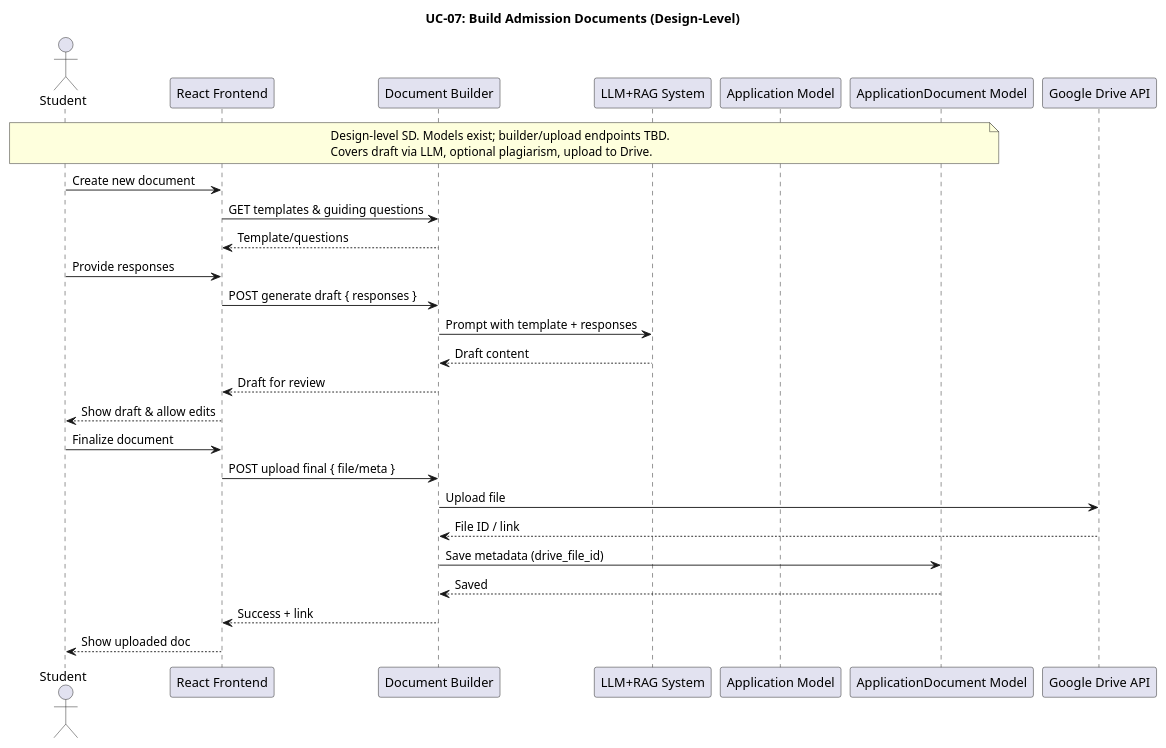
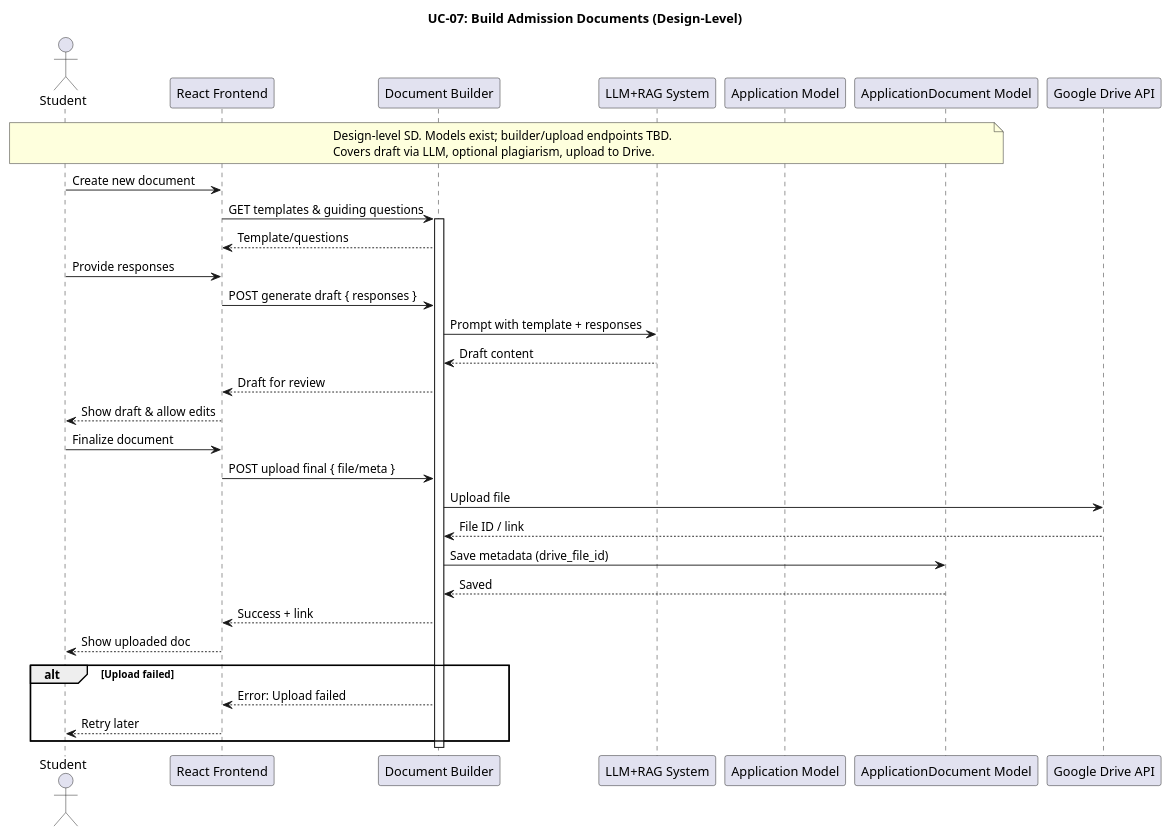
One commit to MMMustafakamran/SDs changed the diagram in planttext/uc07-build-documents.puml. Above: the diagram before and after it, drawn with PlantUML. The commit also changed 18 other files, not shown here.

```diff
--- a/planttext/uc07-build-documents.puml
+++ b/planttext/uc07-build-documents.puml
@@ -1,42 +1,50 @@
 @startuml
 title UC-07: Build Admission Documents (Design-Level)
 
 actor Student
 participant Frontend as "React Frontend"
 participant DocumentAPI as "Document Builder"
 participant LLM as "LLM+RAG System"
 participant Application as "Application Model"
 participant ApplicationDocument as "ApplicationDocument Model"
 participant Drive as "Google Drive API"
 
 note over Student, ApplicationDocument
 Design-level SD. Models exist; builder/upload endpoints TBD.
 Covers draft via LLM, optional plagiarism, upload to Drive.
 end note
 
 '======================
 ' Start document creation
 '======================
 Student -> Frontend : Create new document
 Frontend -> DocumentAPI : GET templates & guiding questions
+activate DocumentAPI
 DocumentAPI --> Frontend : Template/questions
 Student -> Frontend : Provide responses
 Frontend -> DocumentAPI : POST generate draft { responses }
 DocumentAPI -> LLM : Prompt with template + responses
 LLM --> DocumentAPI : Draft content
 DocumentAPI --> Frontend : Draft for review
 Frontend --> Student : Show draft & allow edits
 
 '======================
 ' Finalize and upload
 '======================
 Student -> Frontend : Finalize document
 Frontend -> DocumentAPI : POST upload final { file/meta }
 DocumentAPI -> Drive : Upload file
 Drive --> DocumentAPI : File ID / link
 DocumentAPI -> ApplicationDocument : Save metadata (drive_file_id)
 ApplicationDocument --> DocumentAPI : Saved
 DocumentAPI --> Frontend : Success + link
 Frontend --> Student : Show uploaded doc
 
+alt Upload failed
+    DocumentAPI --> Frontend : Error: Upload failed
+    Frontend --> Student : Retry later
+end
+
+deactivate DocumentAPI
+
 @enduml
```
